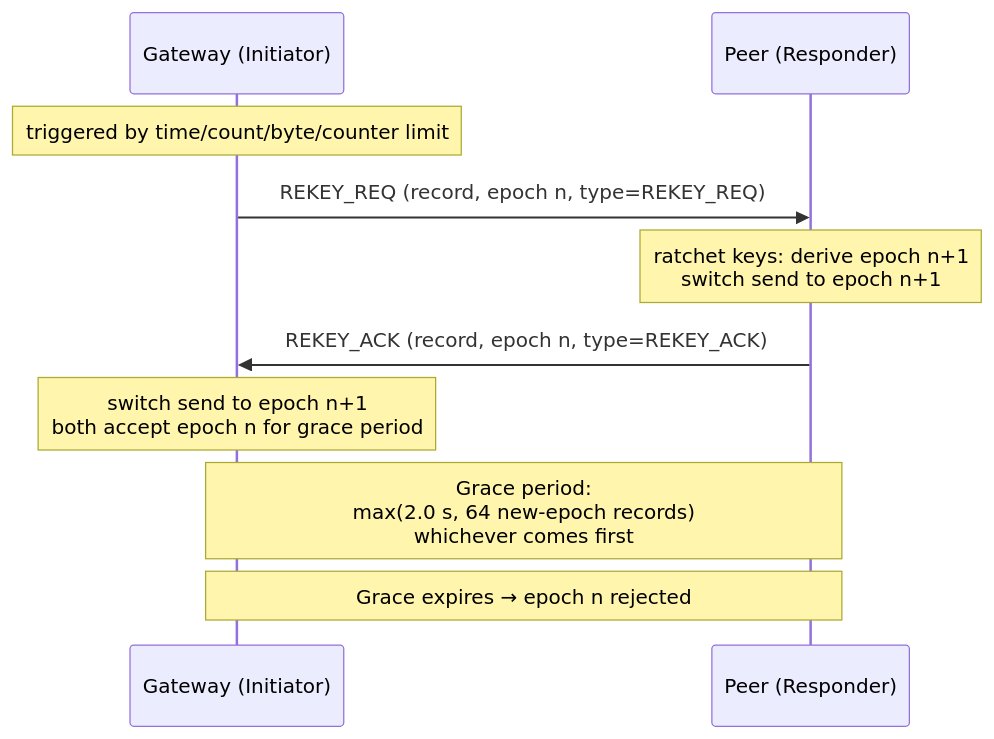
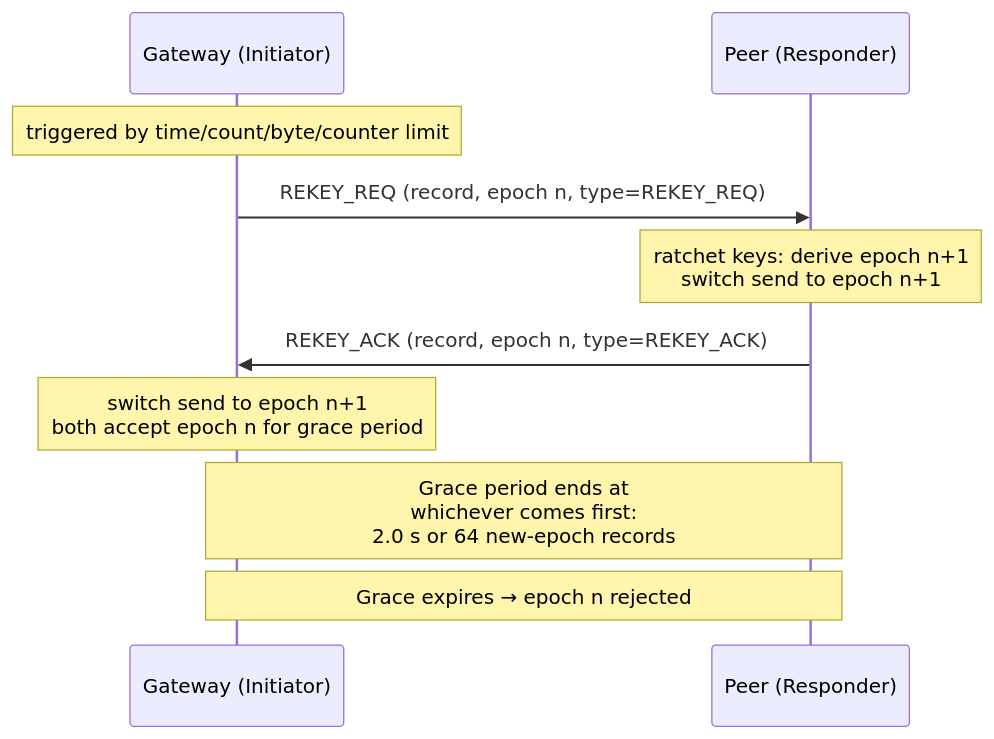
Before and after one commit to saranprithvick/pqc-gateway: the second of 2 diagrams in docs/PROTOCOL.md, drawn with Mermaid. The commit also changed other lines of this file and 1 other file, not shown here.

````diff
--- a/docs/PROTOCOL.md
+++ b/docs/PROTOCOL.md
@@ -342,16 +345,16 @@
 ```mermaid
 sequenceDiagram
     participant I as Gateway (Initiator)
     participant R as Peer (Responder)
 
     Note over I: triggered by time/count/byte/counter limit
     I->>R: REKEY_REQ (record, epoch n, type=REKEY_REQ)
 
     Note over R: ratchet keys: derive epoch n+1<br/>switch send to epoch n+1
     R->>I: REKEY_ACK (record, epoch n, type=REKEY_ACK)
 
     Note over I: switch send to epoch n+1<br/>both accept epoch n for grace period
 
-    Note over I,R: Grace period:<br/>max(2.0 s, 64 new-epoch records)<br/>whichever comes first
+    Note over I,R: Grace period ends at<br/>whichever comes first:<br/>2.0 s or 64 new-epoch records
     Note over I,R: Grace expires → epoch n rejected
 ```
````
